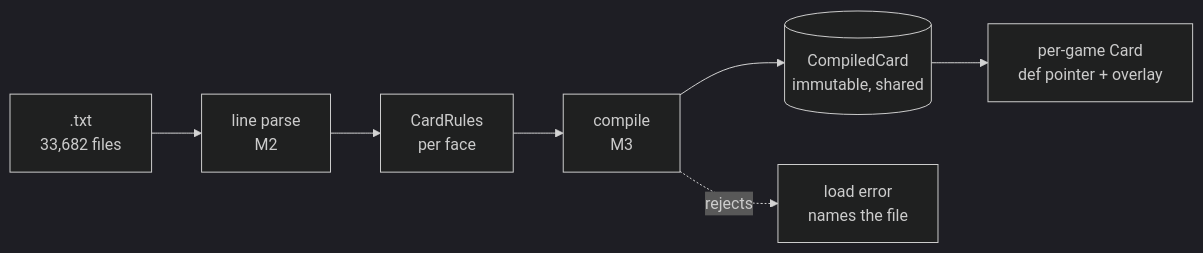
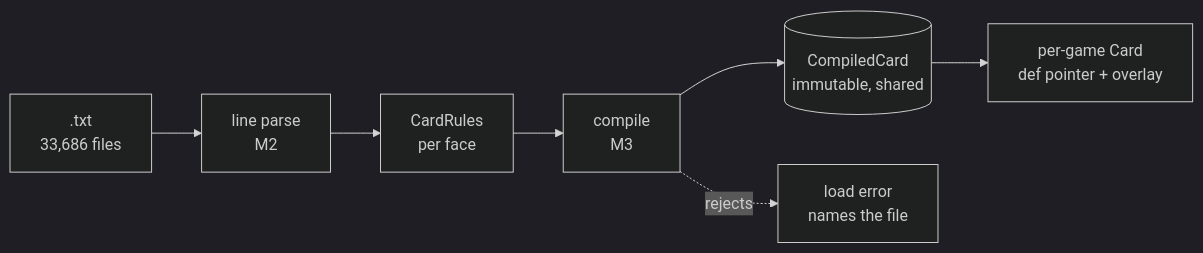
The diagram in docs/crucible/design/card-compilation-pipeline.md (Card-Forge/forge), drawn with Mermaid (dark theme) before and after one commit. The commit also changed other lines of this file and 21 other files, not shown here.

````diff
--- a/docs/crucible/design/card-compilation-pipeline.md
+++ b/docs/crucible/design/card-compilation-pipeline.md
@@ -17,9 +17,9 @@
 ```mermaid
 flowchart LR
-  txt[".txt<br/>33,682 files"] --> line["line parse<br/>M2"]
+  txt[".txt<br/>33,686 files"] --> line["line parse<br/>M2"]
   line --> rules["CardRules<br/>per face"]
   rules --> comp["compile<br/>M3"]
   comp --> def[("CompiledCard<br/>immutable, shared")]
   comp -. rejects .-> err["load error<br/>names the file"]
   def --> game["per-game Card<br/>def pointer + overlay"]
 ```
````
